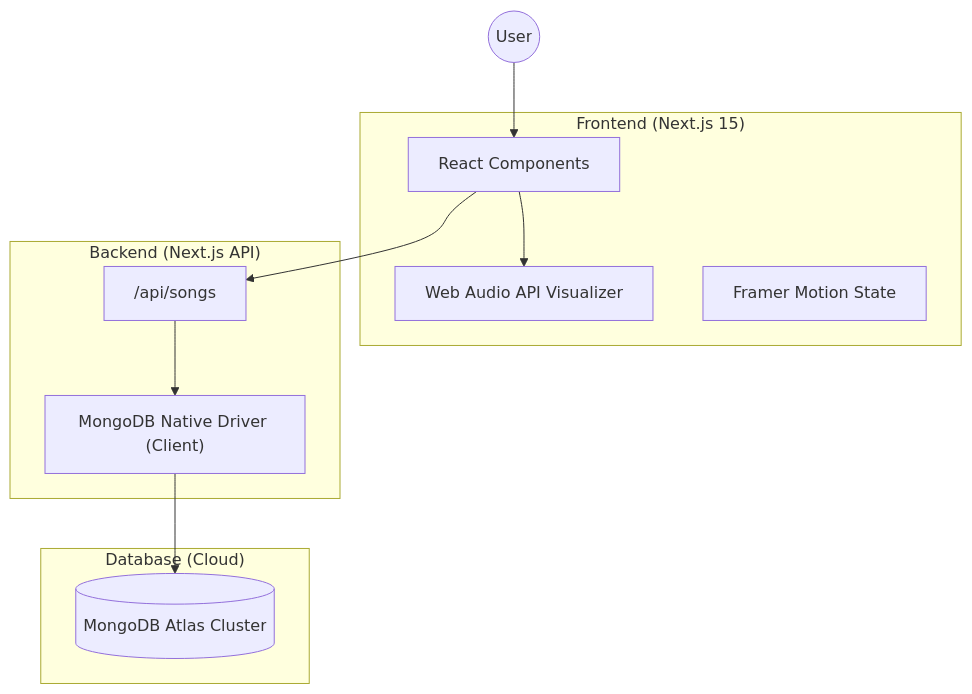
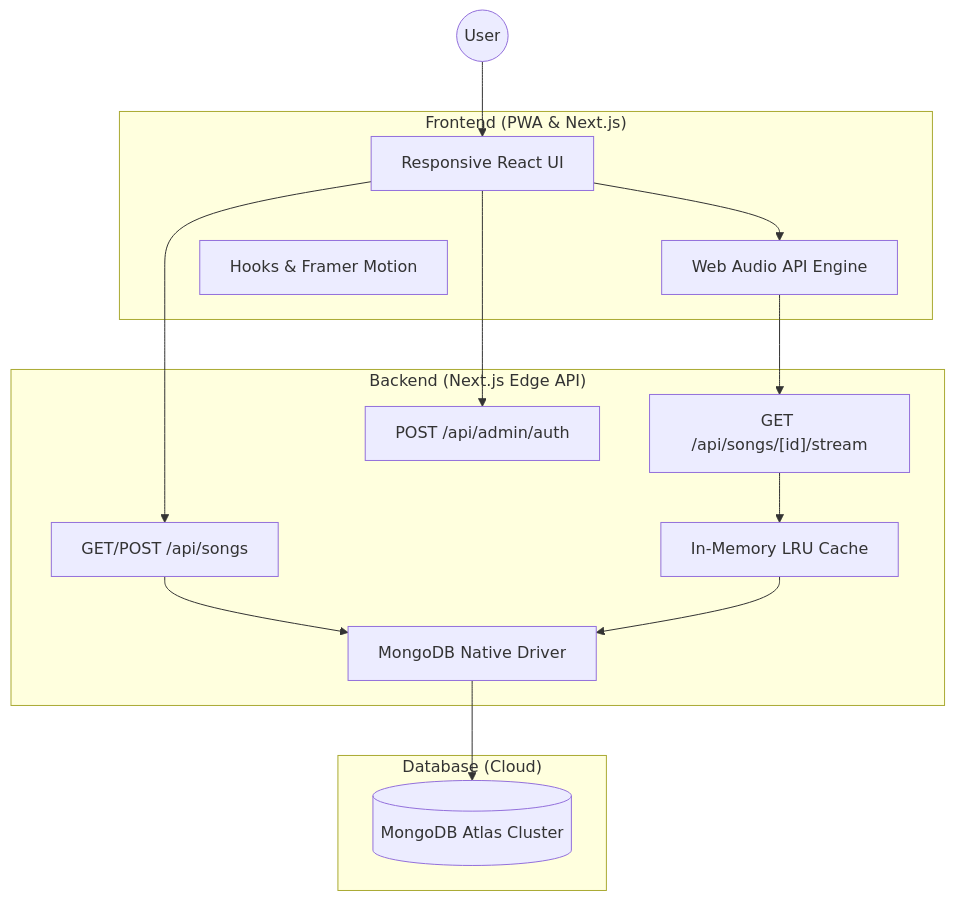
The diagram in README.md (CodeWithBasu/RhythmX), drawn with Mermaid before and after one commit. The commit also changed other lines of this file and 4 other files, not shown here.

Commit message:
feat: upgrade to Progressive Web App (PWA) with custom icon and update documentation

````diff
--- a/README.md
+++ b/README.md
@@ -21,25 +32,32 @@
 ```mermaid
 graph TD
     User((User))
 
-    subgraph "Frontend (Next.js 15)"
-        UI["React Components"]
-        Visualizer["Web Audio API Visualizer"]
-        State["Framer Motion State"]
+    subgraph "Frontend (PWA & Next.js)"
+        UI["Responsive React UI"]
+        Visualizer["Web Audio API Engine"]
+        State["Hooks & Framer Motion"]
     end
 
-    subgraph "Backend (Next.js API)"
-        API["/api/songs"]
-        MongoClient["MongoDB Native Driver (Client)"]
+    subgraph "Backend (Next.js Edge API)"
+        MetaAPI["GET/POST /api/songs"]
+        StreamAPI["GET /api/songs/[id]/stream"]
+        AuthAPI["POST /api/admin/auth"]
+        LRUCache["In-Memory LRU Cache"]
+        MongoClient["MongoDB Native Driver"]
     end
 
     subgraph "Database (Cloud)"
         Atlas[("MongoDB Atlas Cluster")]
     end
 
     User --> UI
     UI --> Visualizer
-    UI --> API
-    API --> MongoClient
+    UI --> MetaAPI
+    Visualizer --> StreamAPI
+    UI --> AuthAPI
+    MetaAPI --> MongoClient
+    StreamAPI --> LRUCache
+    LRUCache --> MongoClient
     MongoClient --> Atlas
 ```
````
